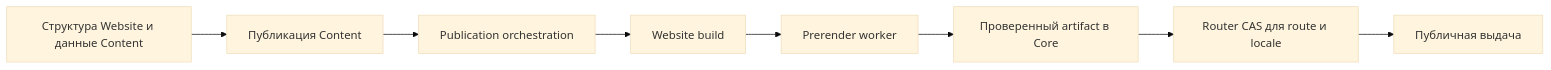
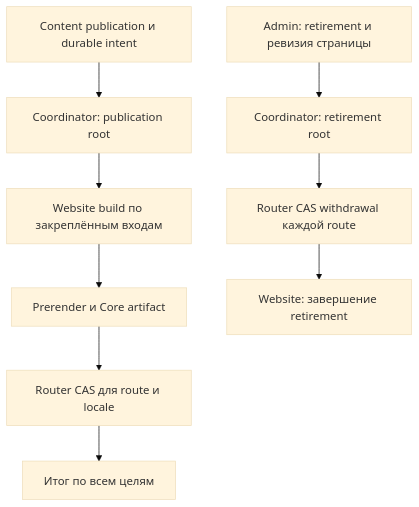
The second of 2 diagrams in docs/ARCHITECTURE.md (Zubrium/cdn), drawn with Mermaid (base theme) before and after one commit. The commit also changed other lines of this file and 6 other files, not shown here.

````diff
--- a/docs/ARCHITECTURE.md
+++ b/docs/ARCHITECTURE.md
@@ -46,10 +46,11 @@
 ```mermaid
-flowchart LR
-    Edit[Структура Website и данные Content] --> Publish[Публикация Content]
-    Publish --> Fanout[Publication orchestration]
-    Fanout --> Build[Website build]
-    Build --> Render[Prerender worker]
-    Render --> Artifact[Проверенный artifact в Core]
-    Artifact --> CAS[Router CAS для route и locale]
-    CAS --> Delivery[Публичная выдача]
+flowchart TD
+    Content[Content publication и durable intent] --> PubRoot[Coordinator: publication root]
+    PubRoot --> Build[Website build по закреплённым входам]
+    Build --> Render[Prerender и Core artifact]
+    Render --> Activate[Router CAS для route и locale]
+    Activate --> PubFinal[Итог по всем целям]
+    Retirement[Admin: retirement и ревизия страницы] --> RetRoot[Coordinator: retirement root]
+    RetRoot --> Withdraw[Router CAS withdrawal каждой route]
+    Withdraw --> RetFinal[Website: завершение retirement]
 ```
````
